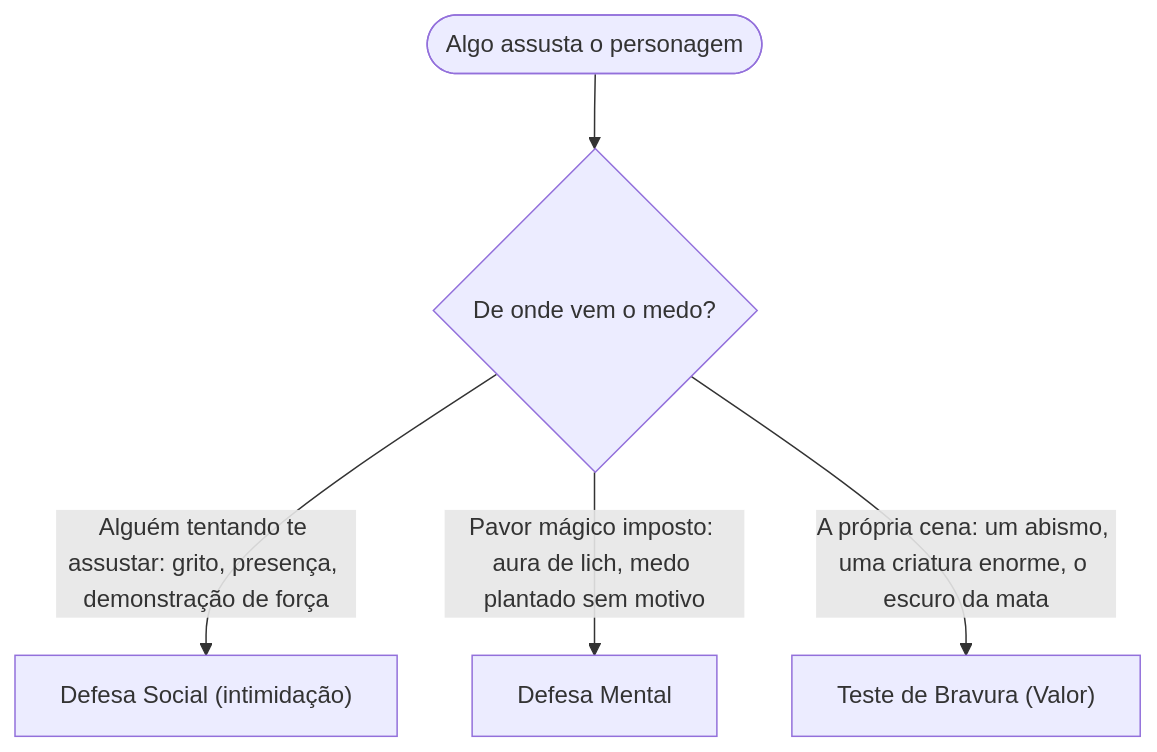
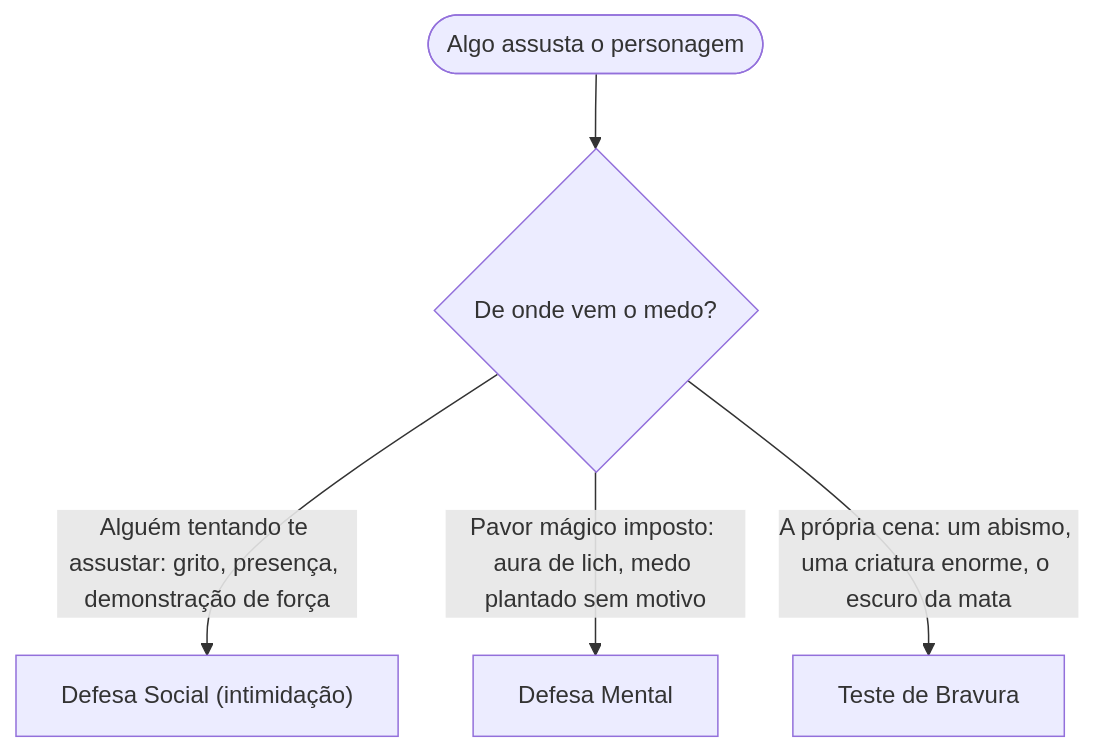
One commit to f-neves/centelha-rpg changed the third of 6 diagrams in src/content/chapters/qual-sistema.md. Above: the diagram before and after it, drawn with Mermaid. The commit also changed other lines of this file and 14 other files, not shown here.

````diff
--- a/src/content/chapters/qual-sistema.md
+++ b/src/content/chapters/qual-sistema.md
@@ -54,7 +54,7 @@
 ```mermaid
 flowchart TD
   F(["Algo assusta o personagem"]) --> F1{"De onde vem o medo?"}
   F1 -->|"Alguém tentando te assustar: grito, presença, demonstração de força"| FS["Defesa Social (intimidação)"]
   F1 -->|"Pavor mágico imposto: aura de lich, medo plantado sem motivo"| FM["Defesa Mental"]
-  F1 -->|"A própria cena: um abismo, uma criatura enorme, o escuro da mata"| FB["Teste de Bravura (Valor)"]
+  F1 -->|"A própria cena: um abismo, uma criatura enorme, o escuro da mata"| FB["Teste de Bravura"]
 ```
````
